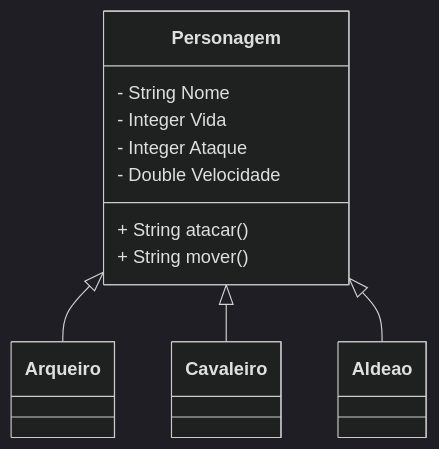
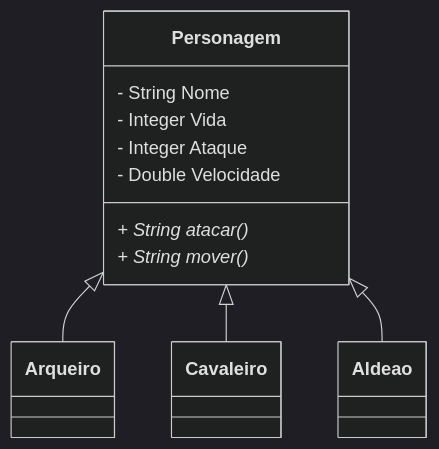
The diagram in aula-11/app/src/main/java/aula/ageOfEmpires/ageOfEmpires.md (riedel-gabriela/opp1repo), drawn with Mermaid (dark theme) before and after one commit. The commit also changed 17 other files, not shown here.

````diff
--- a/aula-11/app/src/main/java/aula/ageOfEmpires/ageOfEmpires.md
+++ b/aula-11/app/src/main/java/aula/ageOfEmpires/ageOfEmpires.md
@@ -1,24 +1,24 @@
 ```mermaid
 classDiagram
     direction TB
     Personagem <|-- Arqueiro
     Personagem <|-- Cavaleiro
     Personagem <|-- Aldeao
     class Personagem {
         - String Nome
         - Integer Vida
         - Integer Ataque
         - Double Velocidade
-        + String atacar()
-        + String mover()
+        + String atacar()*
+        + String mover()*
     }
     class Arqueiro{
         
     }
     class Cavaleiro {
         
     }
     class Aldeao {
         
     }
 ```
````
